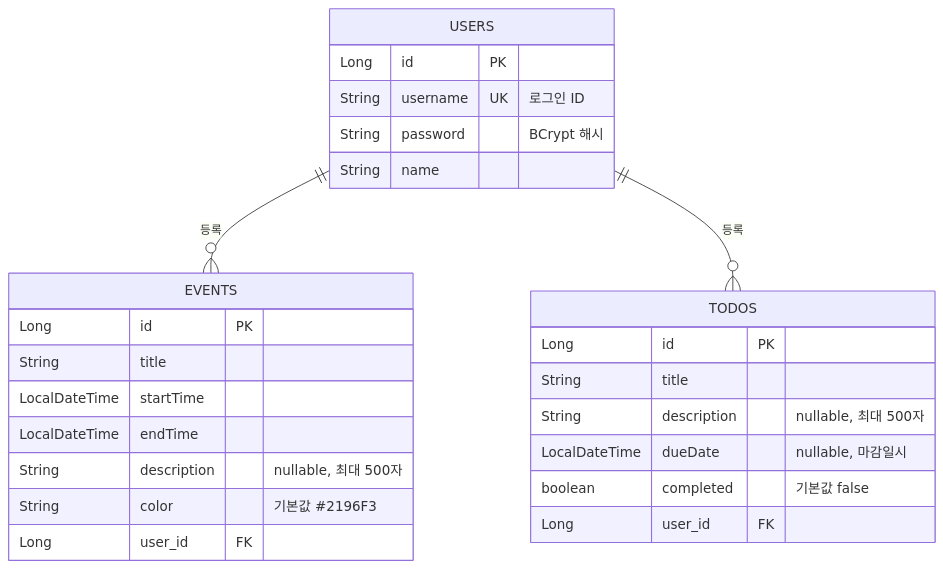
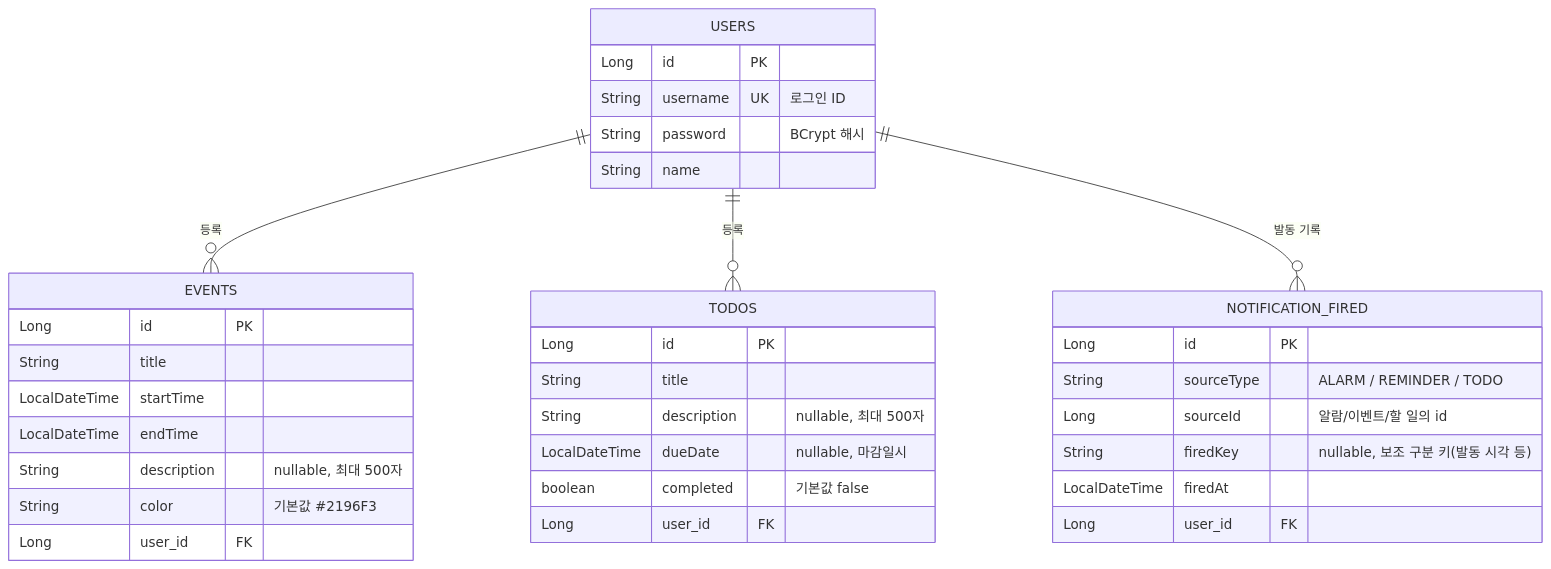
The second of 3 diagrams in README.md (je-rgb/personal-assistant-service), drawn with Mermaid before and after one commit. The commit also changed other lines of this file, not shown here.

````diff
--- a/README.md
+++ b/README.md
@@ -73,31 +73,41 @@
 ```mermaid
 erDiagram
     USERS ||--o{ EVENTS : "등록"
     USERS ||--o{ TODOS : "등록"
+    USERS ||--o{ NOTIFICATION_FIRED : "발동 기록"
 
     USERS {
         Long id PK
         String username UK "로그인 ID"
         String password "BCrypt 해시"
         String name
     }
 
     EVENTS {
         Long id PK
         String title
         LocalDateTime startTime
         LocalDateTime endTime
         String description "nullable, 최대 500자"
         String color "기본값 #2196F3"
         Long user_id FK
     }
 
     TODOS {
         Long id PK
         String title
         String description "nullable, 최대 500자"
         LocalDateTime dueDate "nullable, 마감일시"
         boolean completed "기본값 false"
         Long user_id FK
     }
+
+    NOTIFICATION_FIRED {
+        Long id PK
+        String sourceType "ALARM / REMINDER / TODO"
+        Long sourceId "알람/이벤트/할 일의 id"
+        String firedKey "nullable, 보조 구분 키(발동 시각 등)"
+        LocalDateTime firedAt
+        Long user_id FK
+    }
 ```
````
